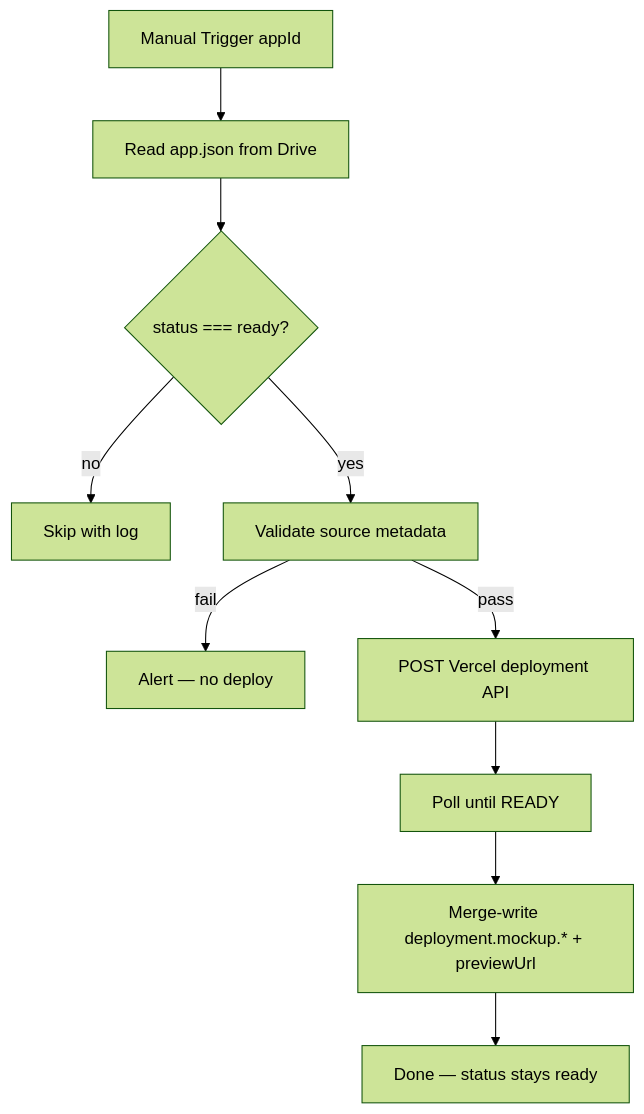
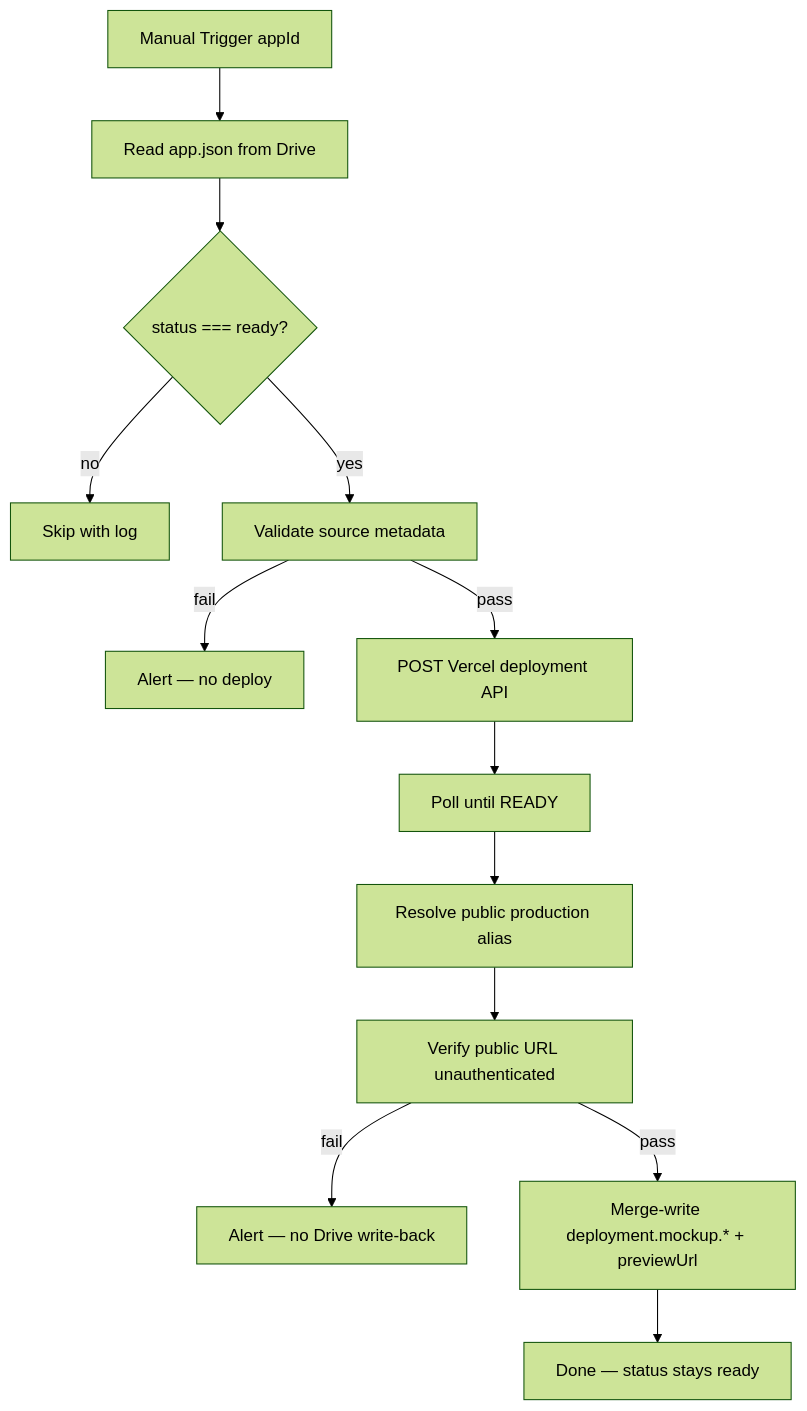
The first of 2 diagrams in n8n-workflows/WF1-DEPLOY-PIPELINE-BLUEPRINT.md (scootero/App-Validation-System), drawn with Mermaid (forest theme) before and after one commit. The commit also changed other lines of this file and 11 other files, not shown here.

````diff
--- a/n8n-workflows/WF1-DEPLOY-PIPELINE-BLUEPRINT.md
+++ b/n8n-workflows/WF1-DEPLOY-PIPELINE-BLUEPRINT.md
@@ -118,12 +122,15 @@
 ```mermaid
 flowchart TD
   T[Manual Trigger appId] --> R[Read app.json from Drive]
   R --> G{status === ready?}
   G -->|no| SKIP[Skip with log]
   G -->|yes| V[Validate source metadata]
   V -->|fail| ERR[Alert — no deploy]
   V -->|pass| VC[POST Vercel deployment API]
   VC --> POLL[Poll until READY]
-  POLL --> WB[Merge-write deployment.mockup.* + previewUrl]
+  POLL --> RESOLVE[Resolve public production alias]
+  RESOLVE --> VERIFY[Verify public URL unauthenticated]
+  VERIFY -->|fail| ALERT[Alert — no Drive write-back]
+  VERIFY -->|pass| WB[Merge-write deployment.mockup.* + previewUrl]
   WB --> DONE[Done — status stays ready]
 ```
````
